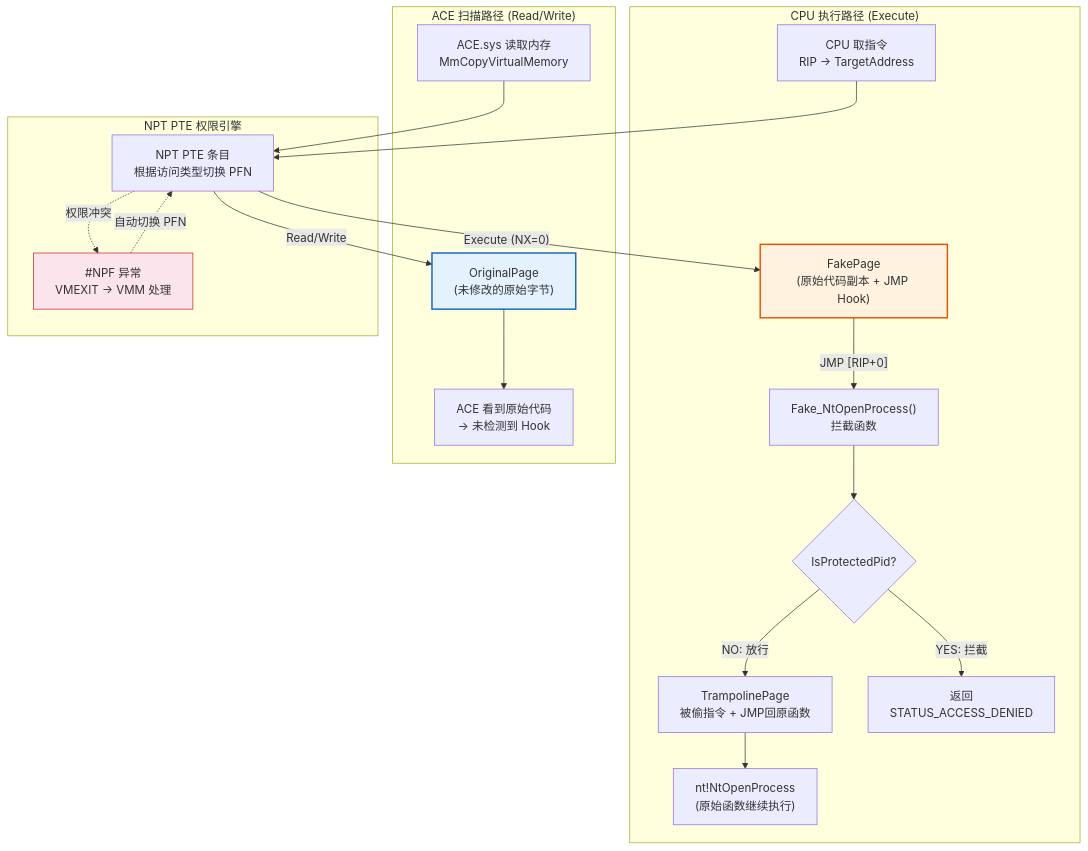
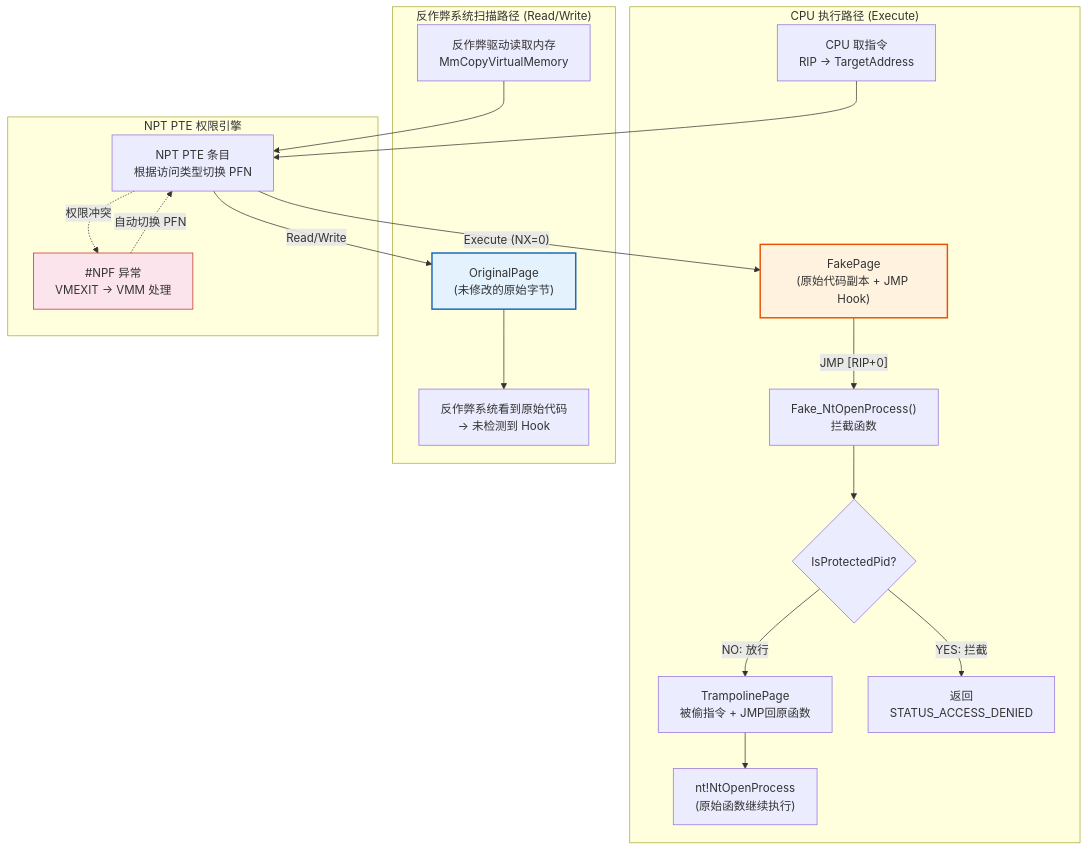
One commit to a619350644/SvmDebug changed diagram 11 of 24 in SvmDebug_设计文档.md. Above: the diagram before and after it, drawn with Mermaid. The commit also changed other lines of this file, not shown here.

````diff
--- a/SvmDebug_设计文档.md
+++ b/SvmDebug_设计文档.md
@@ -559,42 +559,42 @@
 ```mermaid
 graph TB
     subgraph 执行路径["CPU 执行路径 (Execute)"]
         CPU["CPU 取指令<br/>RIP → TargetAddress"]
         FP["FakePage<br/>(原始代码副本 + JMP Hook)"]
         Proxy["Fake_NtOpenProcess()<br/>拦截函数"]
         Decision{"IsProtectedPid?"}
         Trampoline["TrampolinePage<br/>被偷指令 + JMP回原函数"]
         Block["返回<br/>STATUS_ACCESS_DENIED"]
         OrigFunc["nt!NtOpenProcess<br/>(原始函数继续执行)"]
     end
 
-    subgraph 读取路径["ACE 扫描路径 (Read/Write)"]
-        ACE["ACE.sys 读取内存<br/>MmCopyVirtualMemory"]
+    subgraph 读取路径["反作弊系统扫描路径 (Read/Write)"]
+        AntiCheat["反作弊驱动读取内存<br/>MmCopyVirtualMemory"]
         OP["OriginalPage<br/>(未修改的原始字节)"]
-        Result["ACE 看到原始代码<br/>→ 未检测到 Hook"]
+        Result["反作弊系统看到原始代码<br/>→ 未检测到 Hook"]
     end
 
     subgraph NPT_Core["NPT PTE 权限引擎"]
         PTE["NPT PTE 条目<br/>根据访问类型切换 PFN"]
         NPF["#NPF 异常<br/>VMEXIT → VMM 处理"]
     end
 
     CPU --> PTE
     PTE -->|"Execute (NX=0)"| FP
     FP -->|"JMP [RIP+0]"| Proxy
     Proxy --> Decision
     Decision -->|"YES: 拦截"| Block
     Decision -->|"NO: 放行"| Trampoline
     Trampoline --> OrigFunc
 
-    ACE --> PTE
+    AntiCheat --> PTE
     PTE -->|"Read/Write"| OP
     OP --> Result
 
     PTE -.->|"权限冲突"| NPF
     NPF -.->|"自动切换 PFN"| PTE
 
     style FP fill:#fff3e0,stroke:#e65100,stroke-width:2px
     style OP fill:#e3f2fd,stroke:#1565c0,stroke-width:2px
     style NPF fill:#fce4ec,stroke:#c62828
 ```
````
